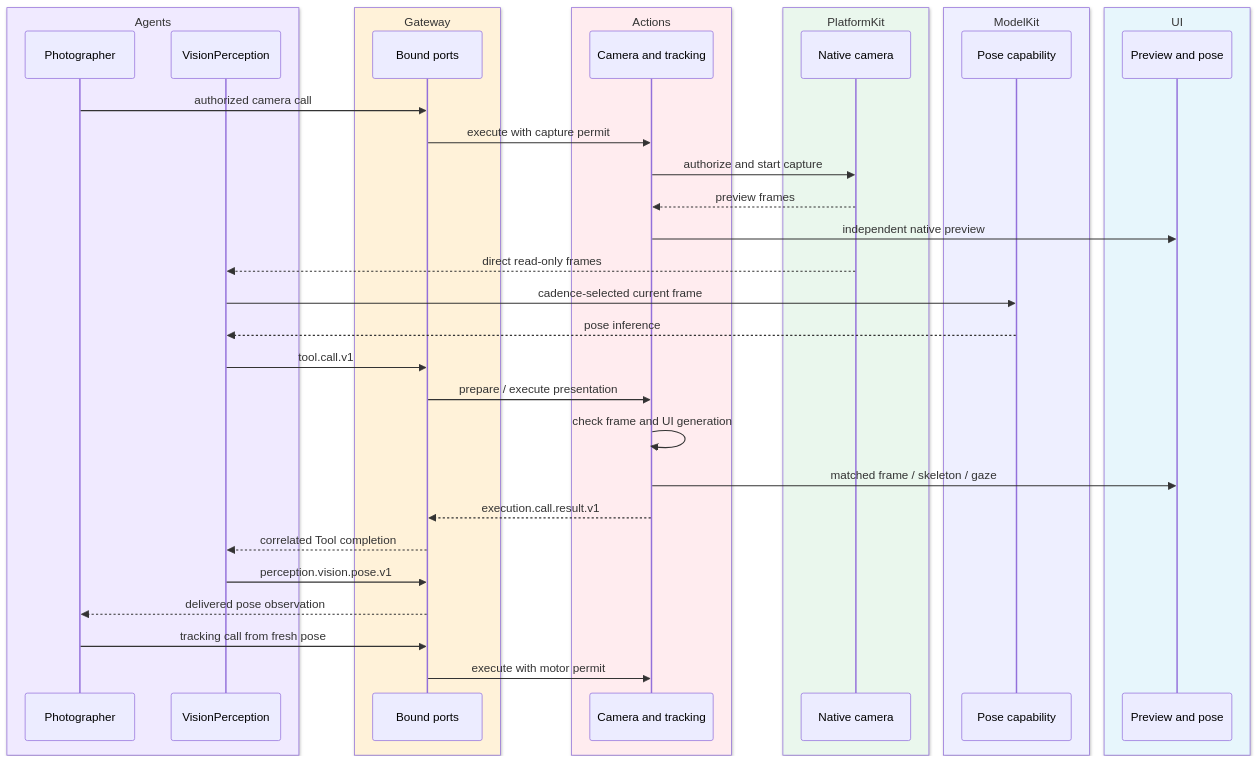
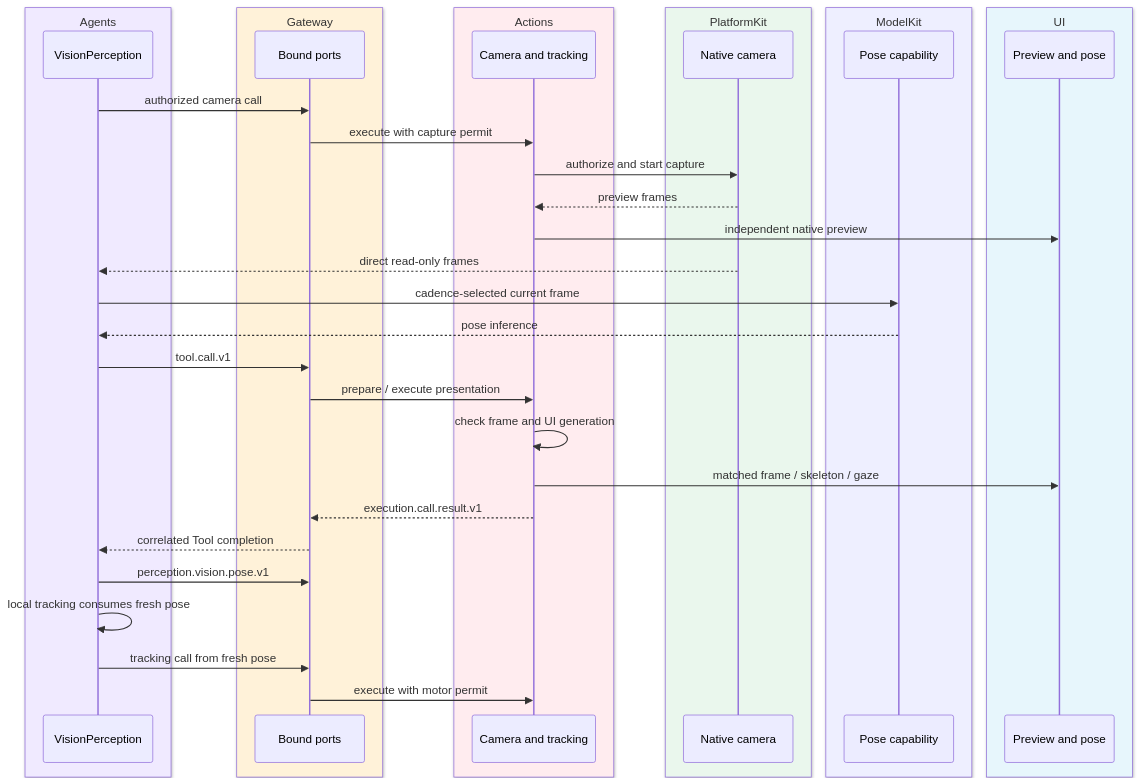
Diagram 21 of 29 in MobileHarness/README.md (devilyouwei/MobileHarness), drawn with Mermaid before and after one commit. The commit also changed other lines of this file and 341 other files, not shown here.

````diff
--- a/MobileHarness/README.md
+++ b/MobileHarness/README.md
@@ -1226,40 +1230,39 @@
 ```mermaid
 sequenceDiagram
     box rgb(240,234,255) Agents
-        participant P as Photographer
         participant V as VisionPerception
     end
     box rgb(255,242,217) Gateway
         participant G as Bound ports
     end
     box rgb(255,236,239) Actions
         participant X as Camera and tracking
     end
     box rgb(234,247,237) PlatformKit
         participant C as Native camera
     end
     box rgb(238,239,255) ModelKit
         participant M as Pose capability
     end
     box rgb(231,246,252) UI
         participant UI as Preview and pose
     end
-    P->>G: authorized camera call
+    V->>G: authorized camera call
     G->>X: execute with capture permit
     X->>C: authorize and start capture
     C-->>X: preview frames
     X->>UI: independent native preview
     C-->>V: direct read-only frames
     V->>M: cadence-selected current frame
     M-->>V: pose inference
     V->>G: tool.call.v1
     G->>X: prepare / execute presentation
     X->>X: check frame and UI generation
     X->>UI: matched frame / skeleton / gaze
     X-->>G: execution.call.result.v1
     G-->>V: correlated Tool completion
     V->>G: perception.vision.pose.v1
-    G-->>P: delivered pose observation
-    P->>G: tracking call from fresh pose
+    V->>V: local tracking consumes fresh pose
+    V->>G: tracking call from fresh pose
     G->>X: execute with motor permit
 ```
````
